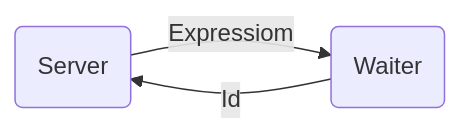
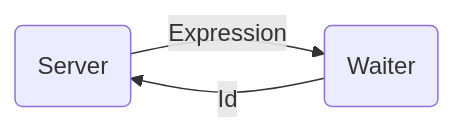
The sixth of 19 diagrams in README.md (vandi37/Calculator), drawn with Mermaid before and after one commit. The commit also changed other lines of this file and 13 other files, not shown here.

````diff
--- a/README.md
+++ b/README.md
@@ -121,6 +124,6 @@
 	```mermaid
 	graph LR
 
- 	Server("Server") --> |"Expressiom"| Waiter("Waiter") --> |"Id"| Server
+ 	Server("Server") --> |"Expression"| Waiter("Waiter") --> |"Id"| Server
 		
 	```
````
